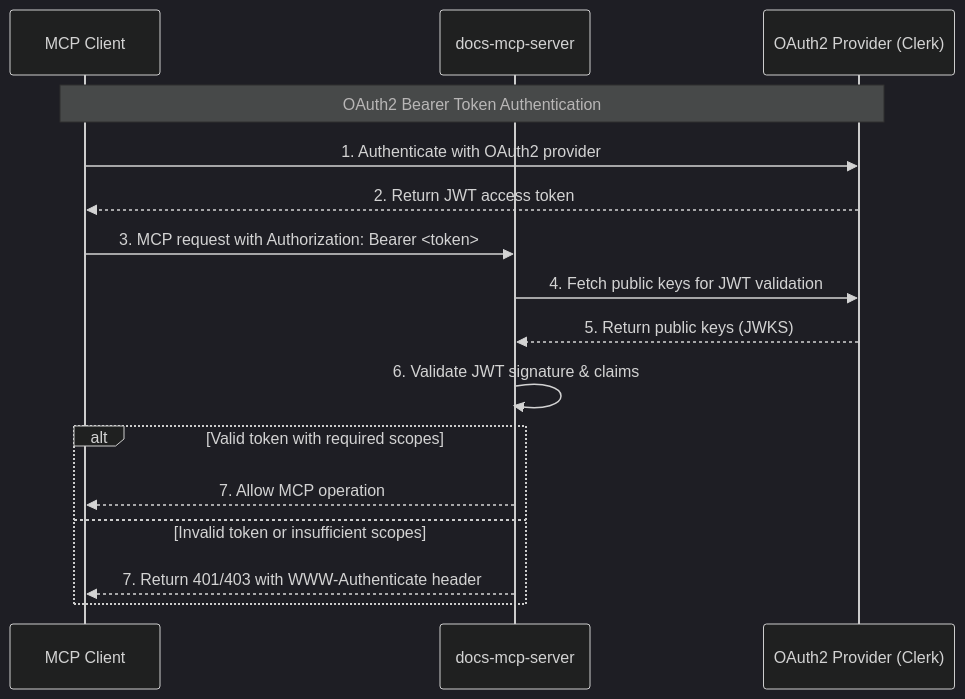
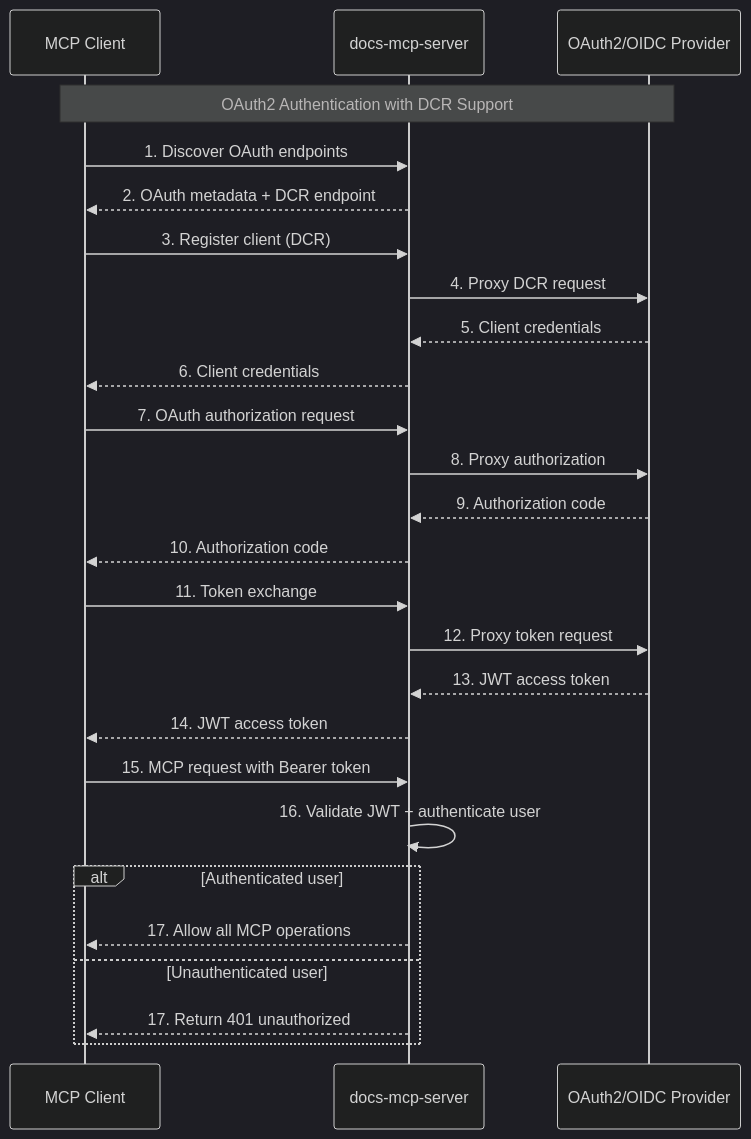
One commit to kivilaid/docs-mcp-server changed the diagram in docs/authentication.md. Above: the diagram before and after it, drawn with Mermaid (dark theme). The commit also changed other lines of this file and 13 other files, not shown here.

````diff
--- a/docs/authentication.md
+++ b/docs/authentication.md
@@ -102,22 +35,35 @@
 ```mermaid
 sequenceDiagram
     participant Client as MCP Client
     participant Server as docs-mcp-server
-    participant Provider as OAuth2 Provider (Clerk)
+    participant Provider as OAuth2/OIDC Provider
 
-    Note over Client,Provider: OAuth2 Bearer Token Authentication
+    Note over Client,Provider: OAuth2 Authentication with DCR Support
 
-    Client->>Provider: 1. Authenticate with OAuth2 provider
-    Provider-->>Client: 2. Return JWT access token
+    Client->>Server: 1. Discover OAuth endpoints
+    Server-->>Client: 2. OAuth metadata + DCR endpoint
 
-    Client->>Server: 3. MCP request with Authorization: Bearer <token>
-    Server->>Provider: 4. Fetch public keys for JWT validation
-    Provider-->>Server: 5. Return public keys (JWKS)
-    Server->>Server: 6. Validate JWT signature & claims
+    Client->>Server: 3. Register client (DCR)
+    Server->>Provider: 4. Proxy DCR request
+    Provider-->>Server: 5. Client credentials
+    Server-->>Client: 6. Client credentials
 
-    alt Valid token with required scopes
-        Server-->>Client: 7. Allow MCP operation
-    else Invalid token or insufficient scopes
-        Server-->>Client: 7. Return 401/403 with WWW-Authenticate header
+    Client->>Server: 7. OAuth authorization request
+    Server->>Provider: 8. Proxy authorization
+    Provider-->>Server: 9. Authorization code
+    Server-->>Client: 10. Authorization code
+
+    Client->>Server: 11. Token exchange
+    Server->>Provider: 12. Proxy token request
+    Provider-->>Server: 13. JWT access token
+    Server-->>Client: 14. JWT access token
+
+    Client->>Server: 15. MCP request with Bearer token
+    Server->>Server: 16. Validate JWT + authenticate user
+
+    alt Authenticated user
+        Server-->>Client: 17. Allow all MCP operations
+    else Unauthenticated user
+        Server-->>Client: 17. Return 401 unauthorized
     end
 ```
````
